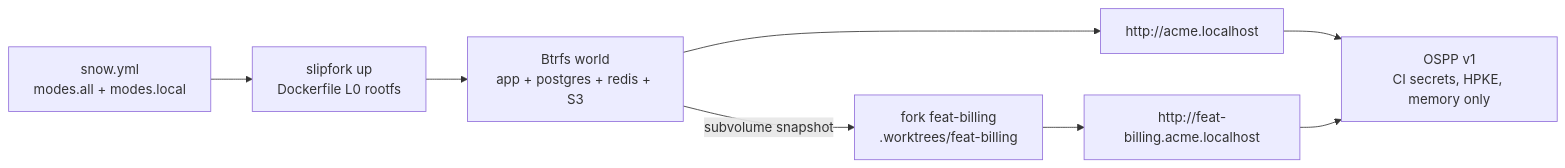
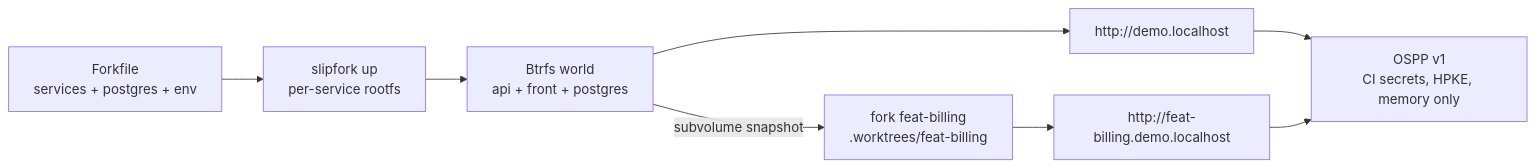
The diagram in README.md (OffworldNexus/slipfork), drawn with Mermaid before and after one commit. The commit also changed other lines of this file and 46 other files, not shown here.

Commit message:
[M3.32.5] Rewrite docs and demo around the Forkfile

````diff
--- a/README.md
+++ b/README.md
@@ -24,10 +42,10 @@
 ```mermaid
 flowchart LR
-  M["snow.yml<br/>modes.all + modes.local"] --> W["slipfork up<br/>Dockerfile L0 rootfs"]
-  W --> C["Btrfs world<br/>app + postgres + redis + S3"]
-  C --> U["http://acme.localhost"]
+  M["Forkfile<br/>services + postgres + env"] --> W["slipfork up<br/>per-service rootfs"]
+  W --> C["Btrfs world<br/>api + front + postgres"]
+  C --> U["http://demo.localhost"]
   C -->|"subvolume snapshot"| F["fork feat-billing<br/>.worktrees/feat-billing"]
-  F --> V["http://feat-billing.acme.localhost"]
+  F --> V["http://feat-billing.demo.localhost"]
   U --> O["OSPP v1<br/>CI secrets, HPKE, memory only"]
   V --> O
 ```
````
